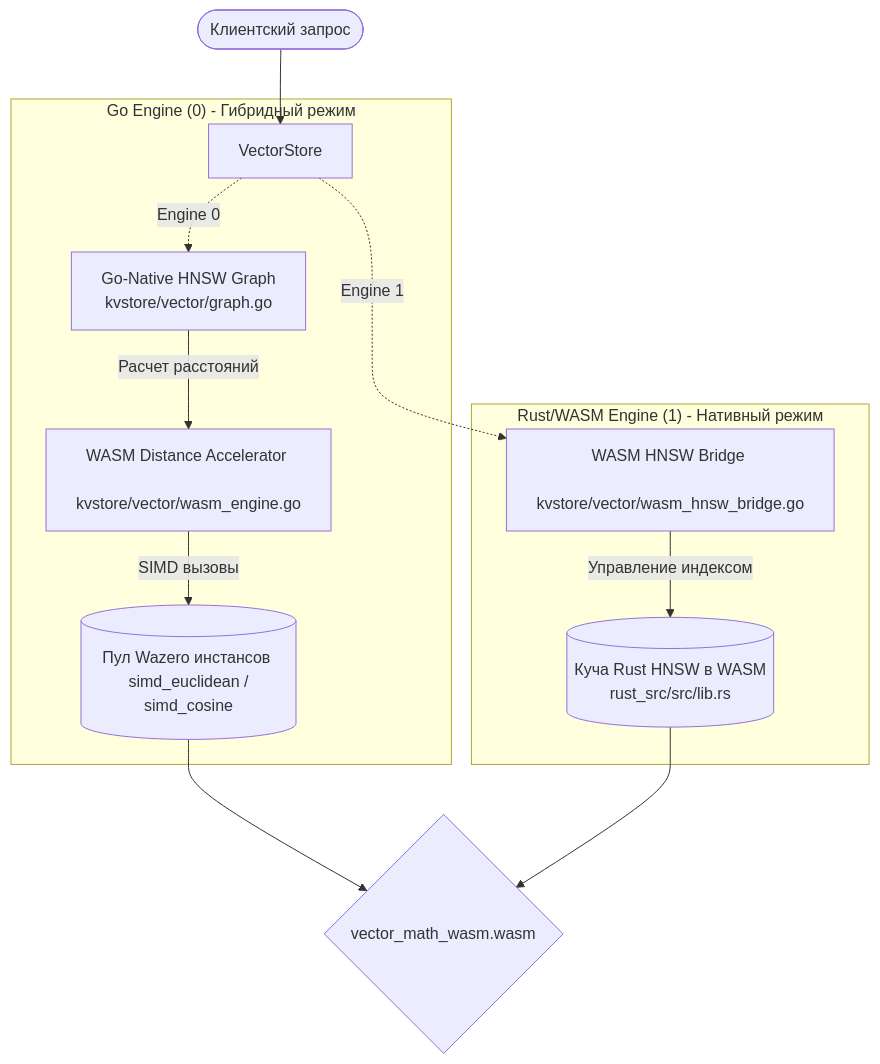
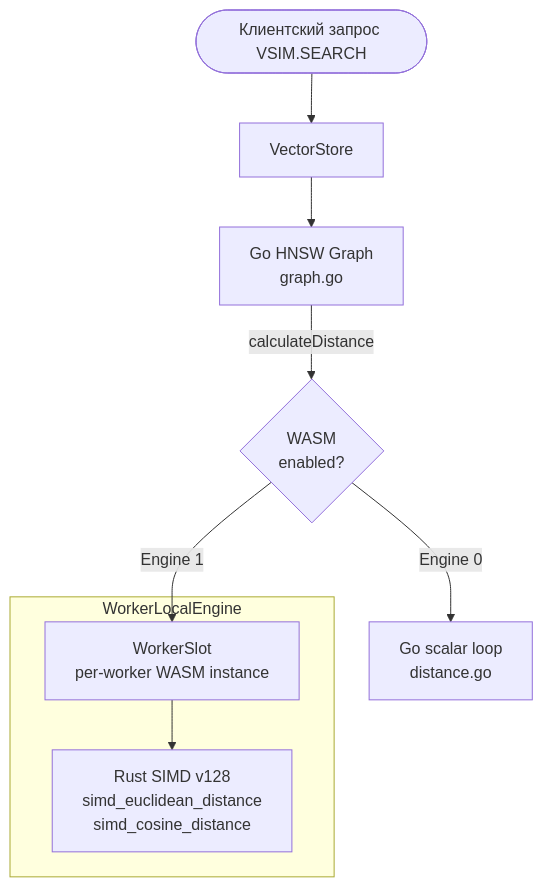
The diagram in docs/WASM_VECTOR_ANALYSIS.md (Nikolay1994Kaz/storage_in_memory), drawn with Mermaid before and after one commit. The commit also changed other lines of this file and 12 other files, not shown here.

First line of the commit message:
Optimize HNSW Vector Search: zero-allocation path, flat node array, bitset visited, and Cosine pre-normalization

````diff
--- a/docs/WASM_VECTOR_ANALYSIS.md
+++ b/docs/WASM_VECTOR_ANALYSIS.md
@@ -23,18 +11,14 @@
 ```mermaid
 graph TD
-    User([Клиентский запрос]) --> Store[VectorStore]
-    
-    subgraph "Go Engine (0) - Гибридный режим"
-        Store -.->|Engine 0| GoGraph[Go-Native HNSW Graph <br> kvstore/vector/graph.go]
-        GoGraph -->|Расчет расстояний| WASMAccel[WASM Distance Accelerator <br> kvstore/vector/wasm_engine.go]
-        WASMAccel -->|SIMD вызовы| WASMInstancePool[(Пул Wazero инстансов <br> simd_euclidean / simd_cosine)]
+    User([Клиентский запрос VSIM.SEARCH]) --> Store[VectorStore]
+    Store --> GoGraph[Go HNSW Graph<br/>graph.go]
+    GoGraph -->|calculateDistance| Decision{WASM<br/>enabled?}
+    Decision -->|Engine 1| WasmPath[WorkerSlot<br/>per-worker WASM instance]
+    Decision -->|Engine 0| GoPath[Go scalar loop<br/>distance.go]
+    WasmPath --> SIMDKernel["Rust SIMD v128<br/>simd_euclidean_distance<br/>simd_cosine_distance"]
+
+    subgraph "WorkerLocalEngine"
+        WasmPath
+        SIMDKernel
     end
-
-    subgraph "Rust/WASM Engine (1) - Нативный режим"
-        Store -.->|Engine 1| WASMBridge[WASM HNSW Bridge <br> kvstore/vector/wasm_hnsw_bridge.go]
-        WASMBridge -->|Управление индексом| WASMHeap[(Куча Rust HNSW в WASM <br> rust_src/src/lib.rs)]
-    end
-    
-    WASMInstancePool --> WASMFile{vector_math_wasm.wasm}
-    WASMHeap --> WASMFile
 ```
````
